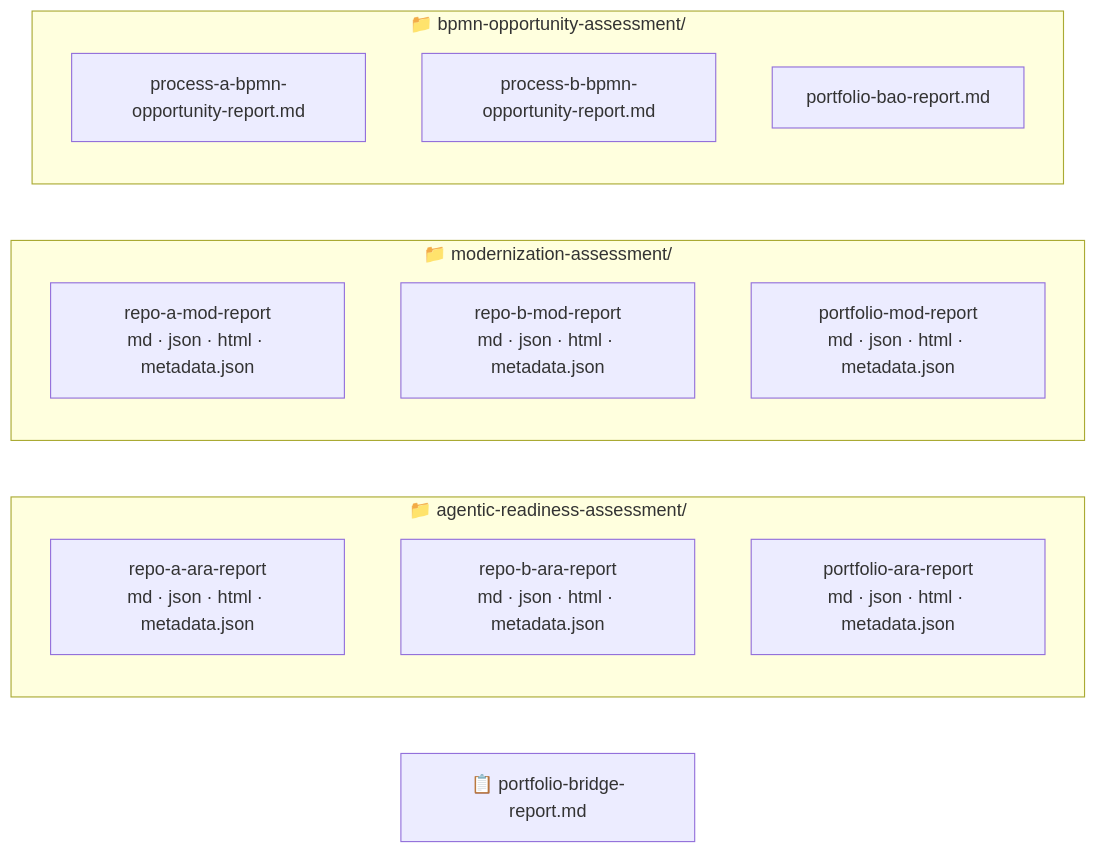
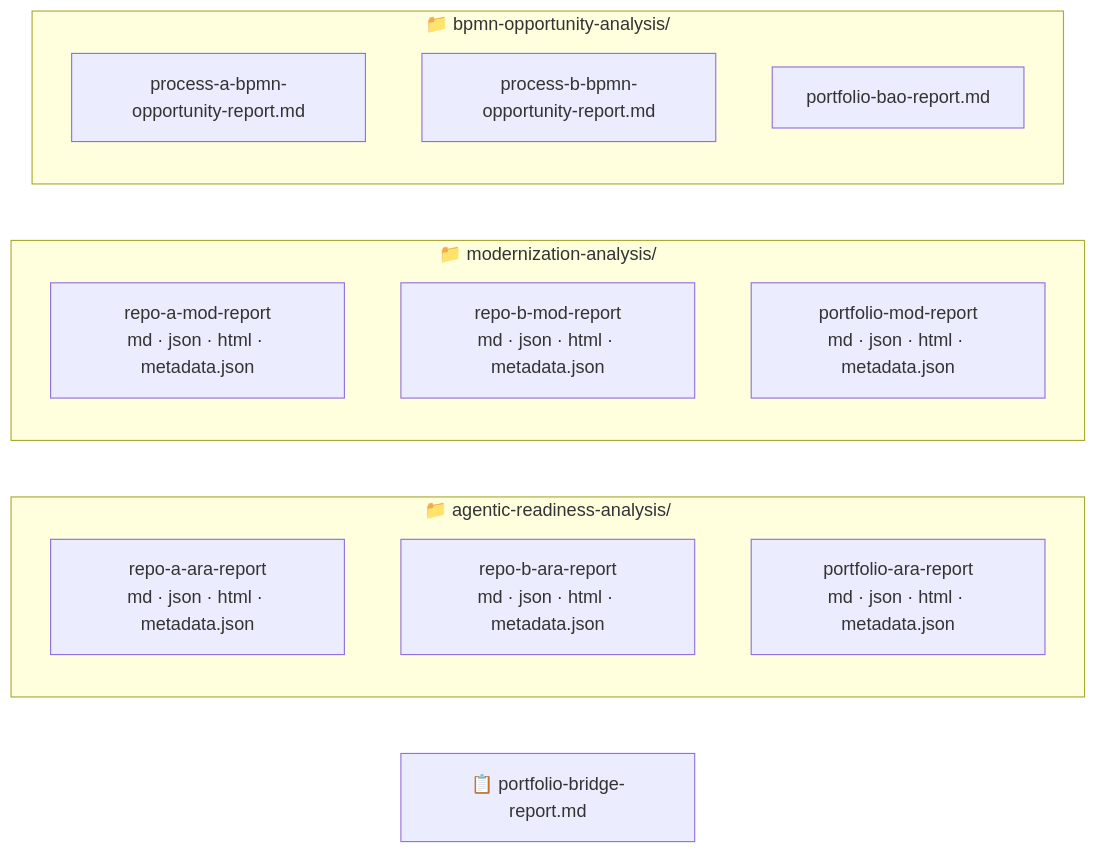
Before and after one commit to aws-samples/sample-agentic-readiness-analysis-orchestrator: the fourth of 4 diagrams in README.md, drawn with Mermaid. The commit also changed other lines of this file and 1079 other files, not shown here.

First line of the commit message:
refactor: complete assessment-to-analysis rename across all identifiers

````diff
--- a/README.md
+++ b/README.md
@@ -132,22 +132,22 @@
 ```mermaid
 flowchart LR
-    subgraph ARA [📁 agentic-readiness-assessment/]
+    subgraph ARA [📁 agentic-readiness-analysis/]
         AR1[repo-a-ara-report<br/>md · json · html · metadata.json]
         AR2[repo-b-ara-report<br/>md · json · html · metadata.json]
         AR3[portfolio-ara-report<br/>md · json · html · metadata.json]
     end
 
-    subgraph MOD [📁 modernization-assessment/]
+    subgraph MOD [📁 modernization-analysis/]
         MR1[repo-a-mod-report<br/>md · json · html · metadata.json]
         MR2[repo-b-mod-report<br/>md · json · html · metadata.json]
         MR3[portfolio-mod-report<br/>md · json · html · metadata.json]
     end
 
-    subgraph BPMN [📁 bpmn-opportunity-assessment/]
+    subgraph BPMN [📁 bpmn-opportunity-analysis/]
         BR1[process-a-bpmn-opportunity-report.md]
         BR2[process-b-bpmn-opportunity-report.md]
         BR3[portfolio-bao-report.md]
     end
 
     BRIDGE[📋 portfolio-bridge-report.md]
 ```
````
